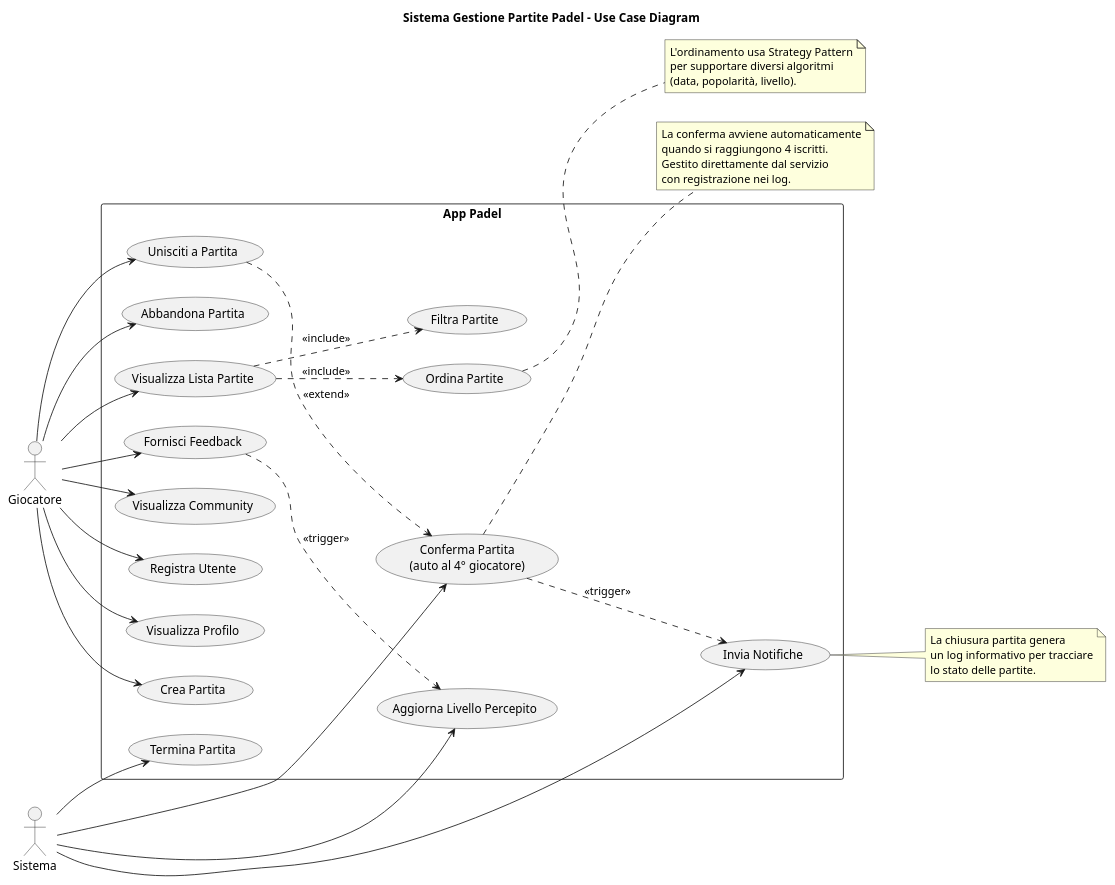
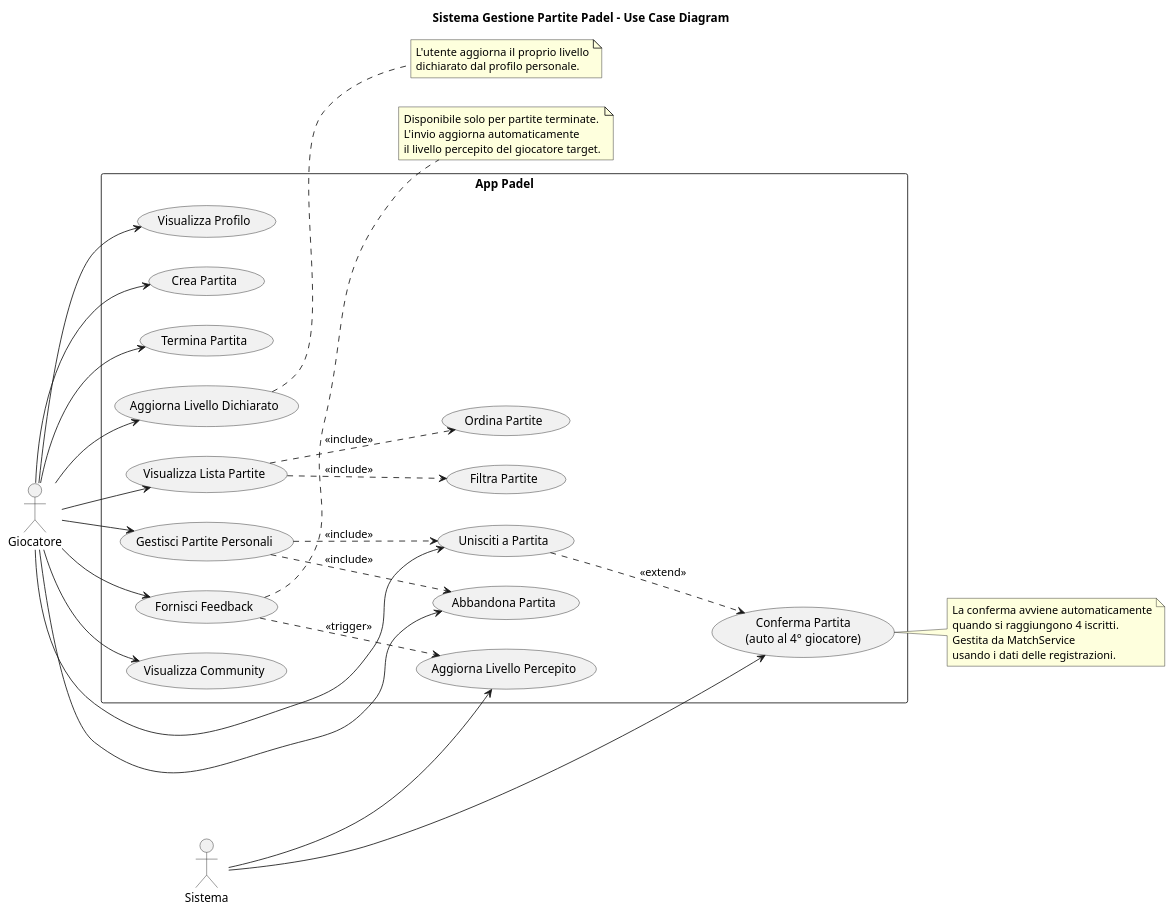
Before and after one commit to deessee0/JavaApp: the diagram in docs/use-case-diagram.puml, drawn with PlantUML. The commit also changed 2 other files, not shown here.

Commit message:
Aggiorna UML per stato attuale dell'app

```diff
--- a/docs/use-case-diagram.puml
+++ b/docs/use-case-diagram.puml
@@ -1,73 +1,71 @@
 @startuml Use Case Diagram - App Padel
 
 title Sistema Gestione Partite Padel - Use Case Diagram
 
 left to right direction
 
 actor "Giocatore" as player
 actor "Sistema" as system
 
 rectangle "App Padel" {
-  
-  usecase "Registra Utente" as UC1
-  usecase "Visualizza Profilo" as UC2
-  usecase "Crea Partita" as UC3
-  usecase "Unisciti a Partita" as UC4
-  usecase "Abbandona Partita" as UC5
+
+  usecase "Visualizza Profilo" as UC1
+  usecase "Crea Partita" as UC2
+  usecase "Unisciti a Partita" as UC3
+  usecase "Abbandona Partita" as UC4
+  usecase "Termina Partita" as UC5
   usecase "Visualizza Lista Partite" as UC6
   usecase "Filtra Partite" as UC7
   usecase "Ordina Partite" as UC8
-  usecase "Fornisci Feedback" as UC9
-  usecase "Visualizza Community" as UC10
-  
-  usecase "Conferma Partita\n(auto al 4° giocatore)" as UC11
-  usecase "Termina Partita" as UC12
-  usecase "Invia Notifiche" as UC13
+  usecase "Gestisci Partite Personali" as UC9
+  usecase "Fornisci Feedback" as UC10
+  usecase "Visualizza Community" as UC11
+  usecase "Aggiorna Livello Dichiarato" as UC12
+
+  usecase "Conferma Partita\n(auto al 4° giocatore)" as UC13
   usecase "Aggiorna Livello Percepito" as UC14
 }
 
 ' Relazioni Giocatore
 player --> UC1
 player --> UC2
 player --> UC3
 player --> UC4
 player --> UC5
 player --> UC6
 player --> UC9
 player --> UC10
+player --> UC11
+player --> UC12
 
-' Inclusioni
+' Inclusioni / Estensioni
 UC6 ..> UC7 : <<include>>
 UC6 ..> UC8 : <<include>>
-UC4 ..> UC11 : <<extend>>
+UC9 ..> UC3 : <<include>>
+UC9 ..> UC4 : <<include>>
+UC3 ..> UC13 : <<extend>>
+UC10 ..> UC14 : <<trigger>>
 
 ' Relazioni Sistema
-system --> UC11
-system --> UC12
 system --> UC13
 system --> UC14
 
-' Dipendenze
-UC9 ..> UC14 : <<trigger>>
-UC11 ..> UC13 : <<trigger>>
-
-note right of UC11
+note right of UC13
   La conferma avviene automaticamente
   quando si raggiungono 4 iscritti.
-  Gestito direttamente dal servizio
-  con registrazione nei log.
+  Gestita da MatchService
+  usando i dati delle registrazioni.
 end note
 
-note right of UC8
-  L'ordinamento usa Strategy Pattern
-  per supportare diversi algoritmi
-  (data, popolarità, livello).
+note right of UC10
+  Disponibile solo per partite terminate.
+  L'invio aggiorna automaticamente
+  il livello percepito del giocatore target.
 end note
 
-note right of UC13
-  La chiusura partita genera
-  un log informativo per tracciare
-  lo stato delle partite.
+note right of UC12
+  L'utente aggiorna il proprio livello
+  dichiarato dal profilo personale.
 end note
 
 @enduml
```
